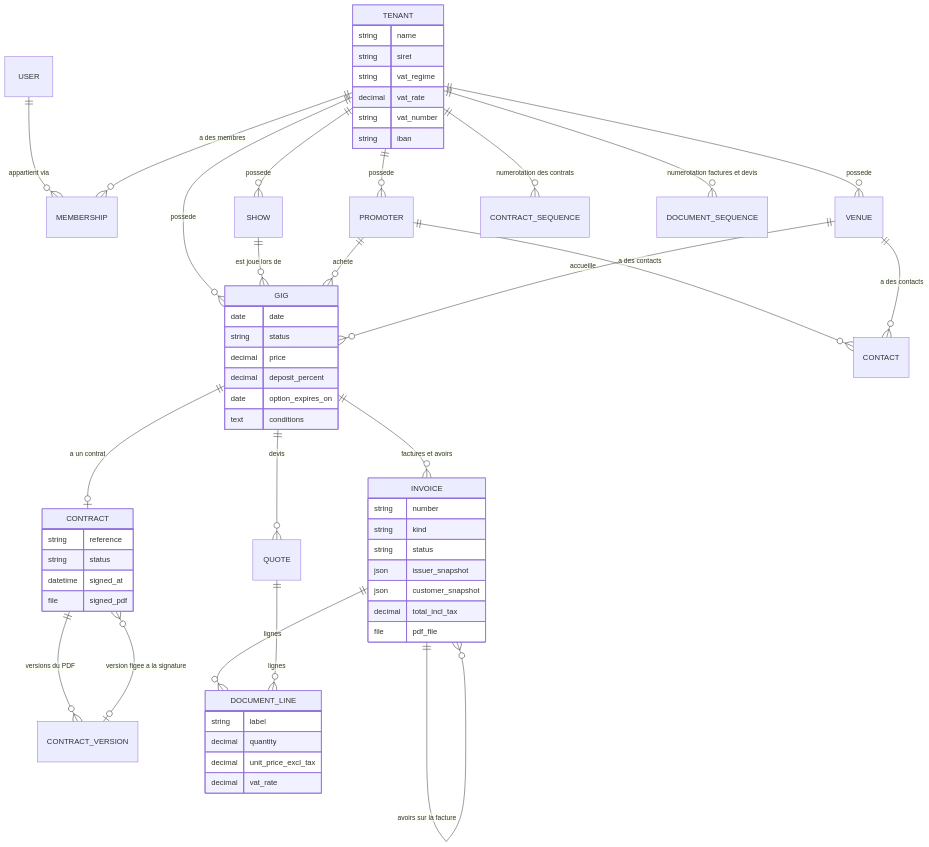
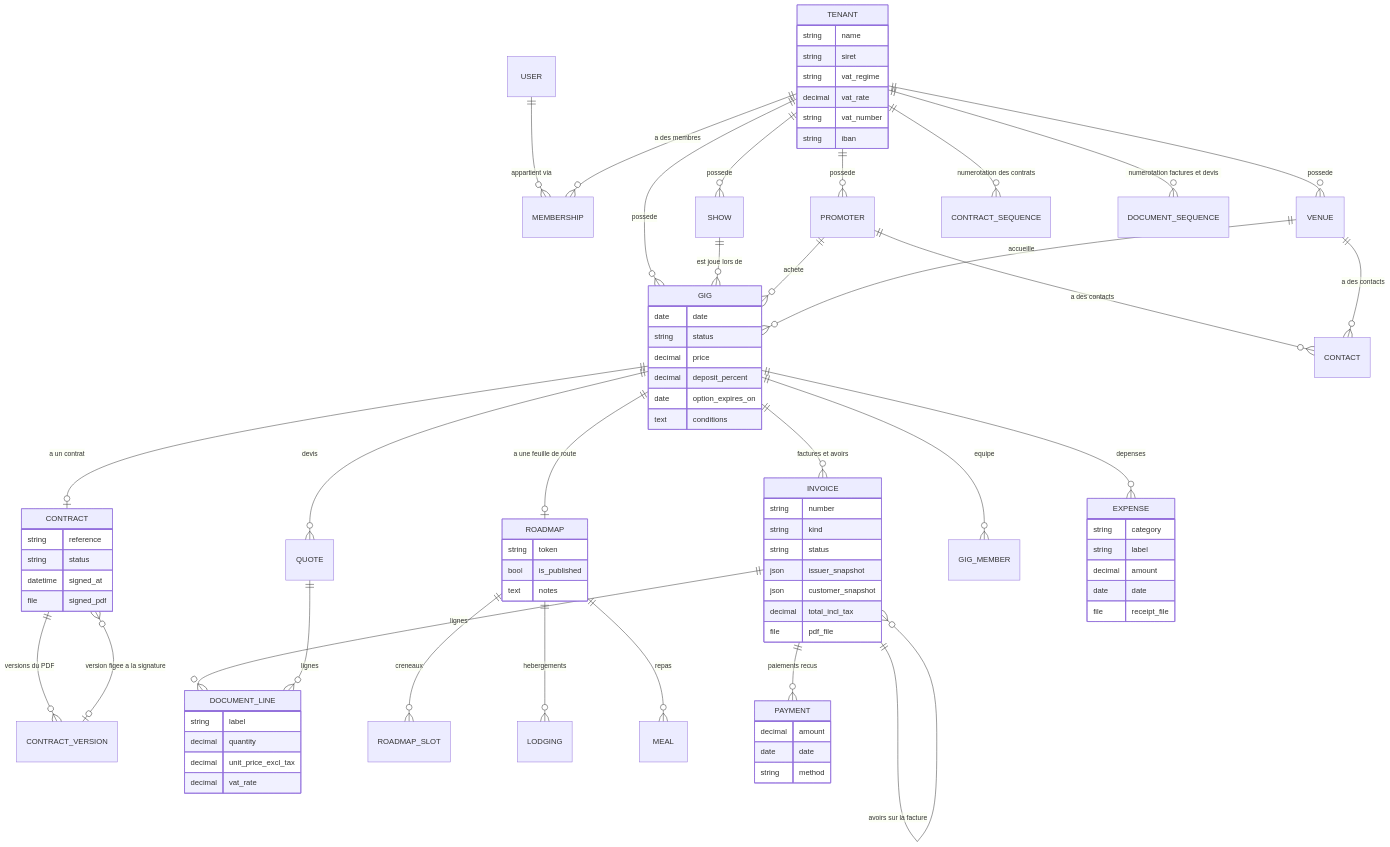
One commit to GaetanCSimplon/spectacle_vivant changed diagram 15 of 16 in docs/09-cas-d-usage-et-diagrammes.md. Above: the diagram before and after it, drawn with Mermaid. The commit also changed other lines of this file and 2 other files, not shown here.

Commit message:
Update summary, diagrams and plain-language overview after Sprint 3.7

```diff
--- a/docs/09-cas-d-usage-et-diagrammes.md
+++ b/docs/09-cas-d-usage-et-diagrammes.md
@@ -432,6 +502,15 @@
     INVOICE ||--o{ INVOICE : "avoirs sur la facture"
     INVOICE ||--o{ DOCUMENT_LINE : "lignes"
     QUOTE ||--o{ DOCUMENT_LINE : "lignes"
+
+    GIG ||--o| ROADMAP : "a une feuille de route"
+    ROADMAP ||--o{ ROADMAP_SLOT : "creneaux"
+    ROADMAP ||--o{ LODGING : "hebergements"
+    ROADMAP ||--o{ MEAL : "repas"
+    GIG ||--o{ GIG_MEMBER : "equipe"
+
+    INVOICE ||--o{ PAYMENT : "paiements recus"
+    GIG ||--o{ EXPENSE : "depenses"
 
     TENANT ||--o{ CONTRACT_SEQUENCE : "numerotation des contrats"
     TENANT ||--o{ DOCUMENT_SEQUENCE : "numerotation factures et devis"
@@ -467,6 +546,23 @@
         decimal total_incl_tax
         file pdf_file
     }
+    ROADMAP {
+        string token
+        bool is_published
+        text notes
+    }
+    PAYMENT {
+        decimal amount
+        date date
+        string method
+    }
+    EXPENSE {
+        string category
+        string label
+        decimal amount
+        date date
+        file receipt_file
+    }
     DOCUMENT_LINE {
         string label
         decimal quantity
```
